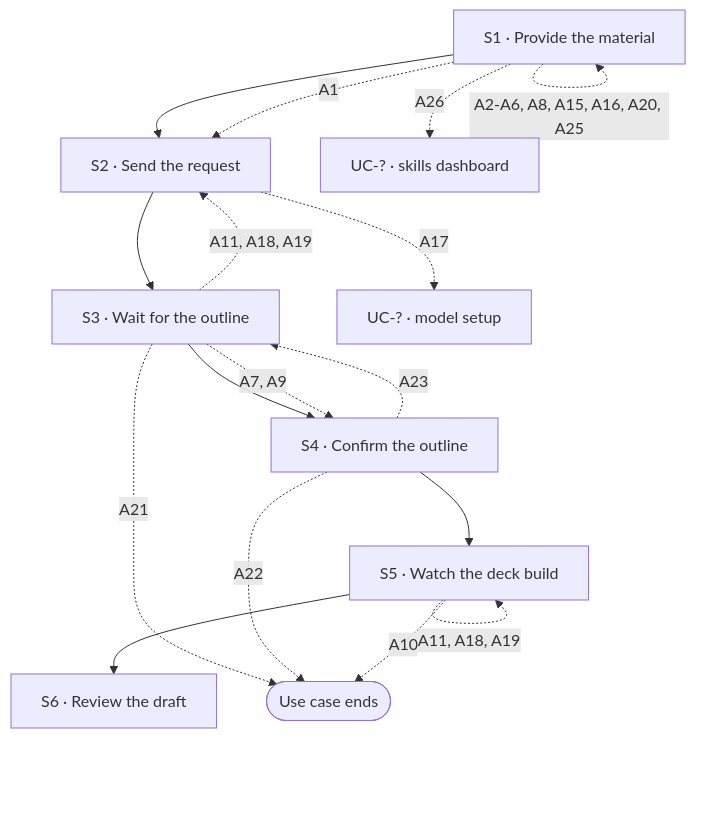
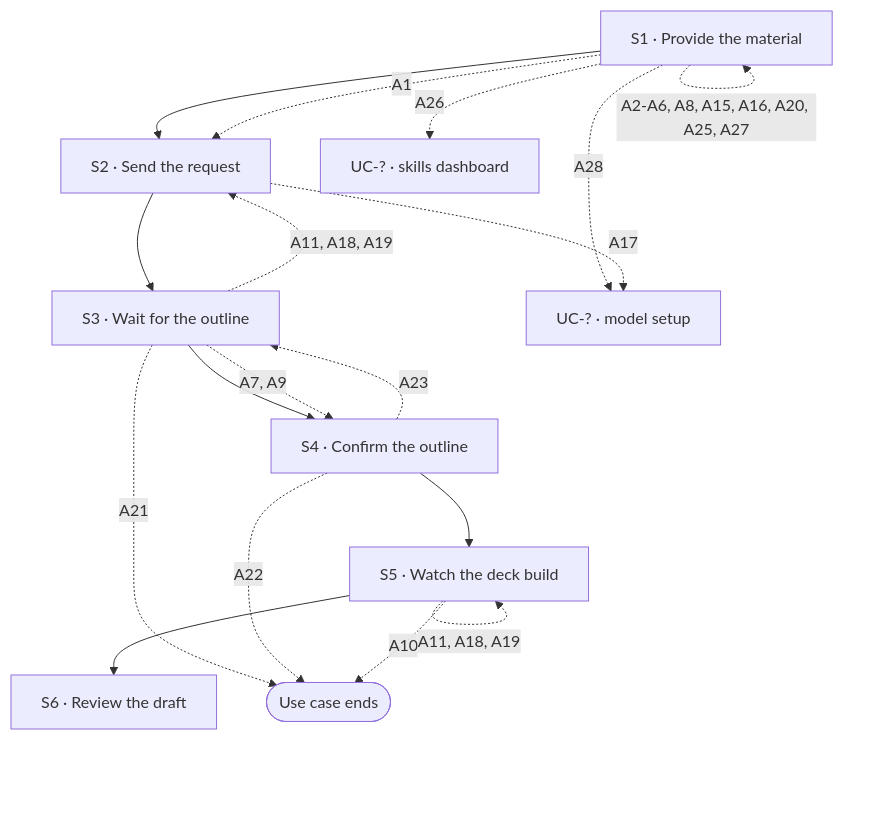
The diagram in docs/spec/02-use-cases/UC-001.md (Luke23127006/DeckAgent), drawn with Mermaid before and after one commit. The commit also changed other lines of this file, not shown here.

First line of the commit message:
docs(spec): add model selection flows and remove interface language from UC-001

````diff
--- a/docs/spec/02-use-cases/UC-001.md
+++ b/docs/spec/02-use-cases/UC-001.md
@@ -18,24 +18,25 @@
 ```mermaid
 flowchart TD
   S1["S1 · Provide the material"]
   S2["S2 · Send the request"]
   S3["S3 · Wait for the outline"]
   S4["S4 · Confirm the outline"]
   S5["S5 · Watch the deck build"]
   S6["S6 · Review the draft"]
   DONE(["Use case ends"])
   UCQ1["UC-? · skills dashboard"]
   UCQ2["UC-? · model setup"]
   S1 --> S2 --> S3 --> S4 --> S5 --> S6
   S1 -.->|"A1"| S2
-  S1 -.->|"A2-A6, A8, A15, A16, A20, A25"| S1
+  S1 -.->|"A2-A6, A8, A15, A16, A20, A25, A27"| S1
   S1 -.->|"A26"| UCQ1
+  S1 -.->|"A28"| UCQ2
   S2 -.->|"A17"| UCQ2
   S3 -.->|"A7, A9"| S4
   S3 -.->|"A11, A18, A19"| S2
   S3 -.->|"A21"| DONE
   S4 -.->|"A22"| DONE
   S4 -.->|"A23"| S3
   S5 -.->|"A10"| DONE
   S5 -.->|"A11, A18, A19"| S5
 ```
````
